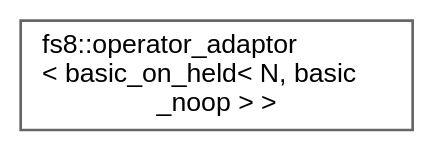
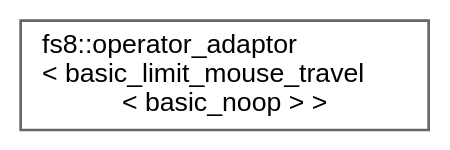
One commit to the-moisrex/foresight changed the diagram in api/inherit_graph_85.dot. Above: the diagram before and after it, drawn with Graphviz. The commit also changed 211 other files, not shown here.

```diff
--- a/api/inherit_graph_85.dot
+++ b/api/inherit_graph_85.dot
@@ -1,9 +1,9 @@
 digraph "Graphical Class Hierarchy"
 {
  // LATEX_PDF_SIZE
   bgcolor="transparent";
   edge [fontname=Helvetica,fontsize=10,labelfontname=Helvetica,labelfontsize=10];
   node [fontname=Helvetica,fontsize=10,shape=box,height=0.2,width=0.4];
   rankdir="LR";
-  Node0 [id="Node000000",label="fs8::operator_adaptor\l\< basic_on_held\< N, basic\l_noop \> \>",height=0.2,width=0.4,color="grey40", fillcolor="white", style="filled",URL="$structfs8_1_1operator__adaptor.html",tooltip=" "];
+  Node0 [id="Node000000",label="fs8::operator_adaptor\l\< basic_limit_mouse_travel\l\< basic_noop \> \>",height=0.2,width=0.4,color="grey40", fillcolor="white", style="filled",URL="$structfs8_1_1operator__adaptor.html",tooltip=" "];
 }
```
